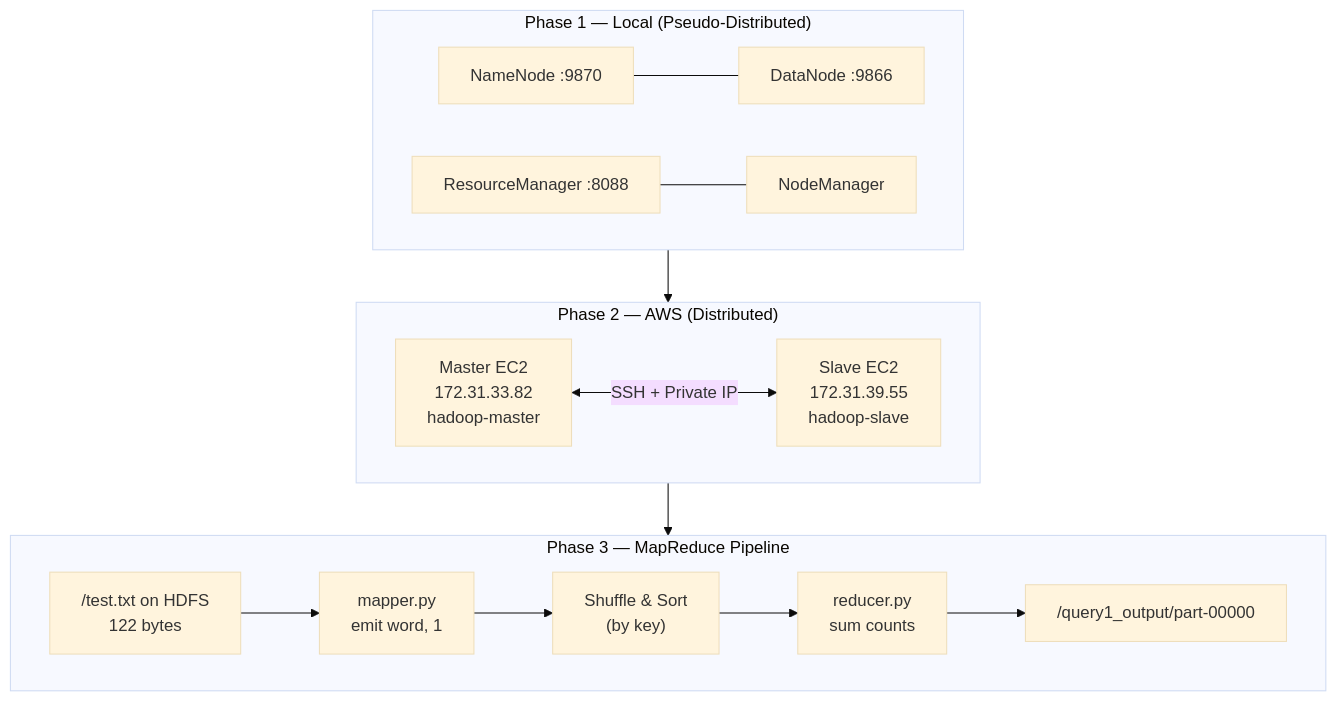
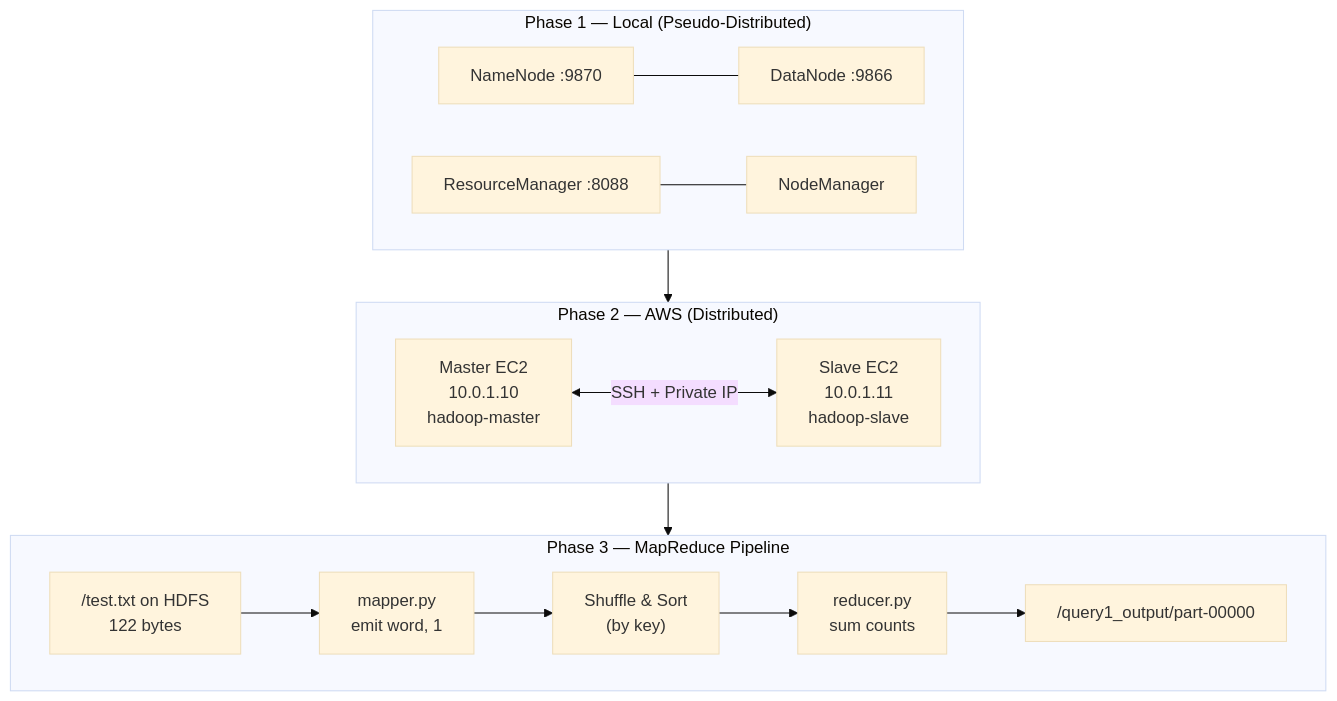
Before and after one commit to BoltTaha/hadoop-aws-distributed-cluster: the diagram in README.md, drawn with Mermaid (base theme). The commit also changed other lines of this file and 2 other files, not shown here.

````diff
--- a/README.md
+++ b/README.md
@@ -43,28 +43,28 @@
 ```mermaid
 flowchart TB
     subgraph Phase1["Phase 1 — Local (Pseudo-Distributed)"]
         L_NN[NameNode :9870]
         L_DN[DataNode :9866]
         L_RM[ResourceManager :8088]
         L_NM[NodeManager]
         L_NN --- L_DN
         L_RM --- L_NM
     end
 
     subgraph Phase2["Phase 2 — AWS (Distributed)"]
-        M["Master EC2\n172.31.33.82\nhadoop-master"]
-        S["Slave EC2\n172.31.39.55\nhadoop-slave"]
+        M["Master EC2\n10.0.1.10\nhadoop-master"]
+        S["Slave EC2\n10.0.1.11\nhadoop-slave"]
         M <-->|"SSH + Private IP"| S
     end
 
     subgraph Phase3["Phase 3 — MapReduce Pipeline"]
         IN["/test.txt on HDFS\n122 bytes"]
         MAP["mapper.py\nemit word, 1"]
         SHUFFLE["Shuffle & Sort\n(by key)"]
         RED["reducer.py\nsum counts"]
         OUT["/query1_output/part-00000"]
         IN --> MAP --> SHUFFLE --> RED --> OUT
     end
 
     Phase1 --> Phase2 --> Phase3
 ```
````
